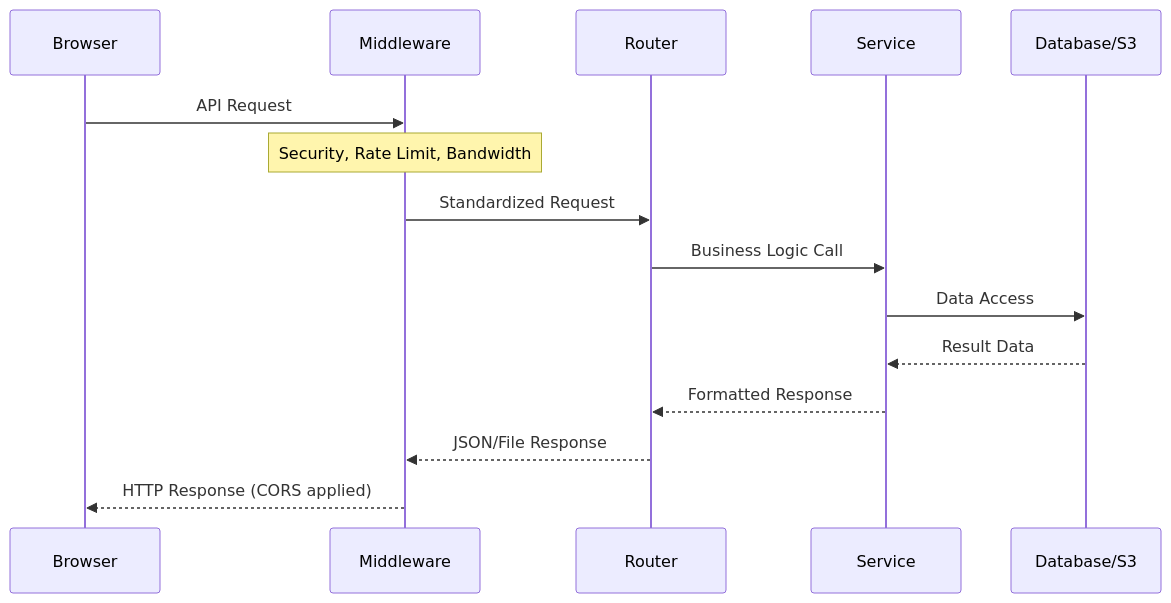
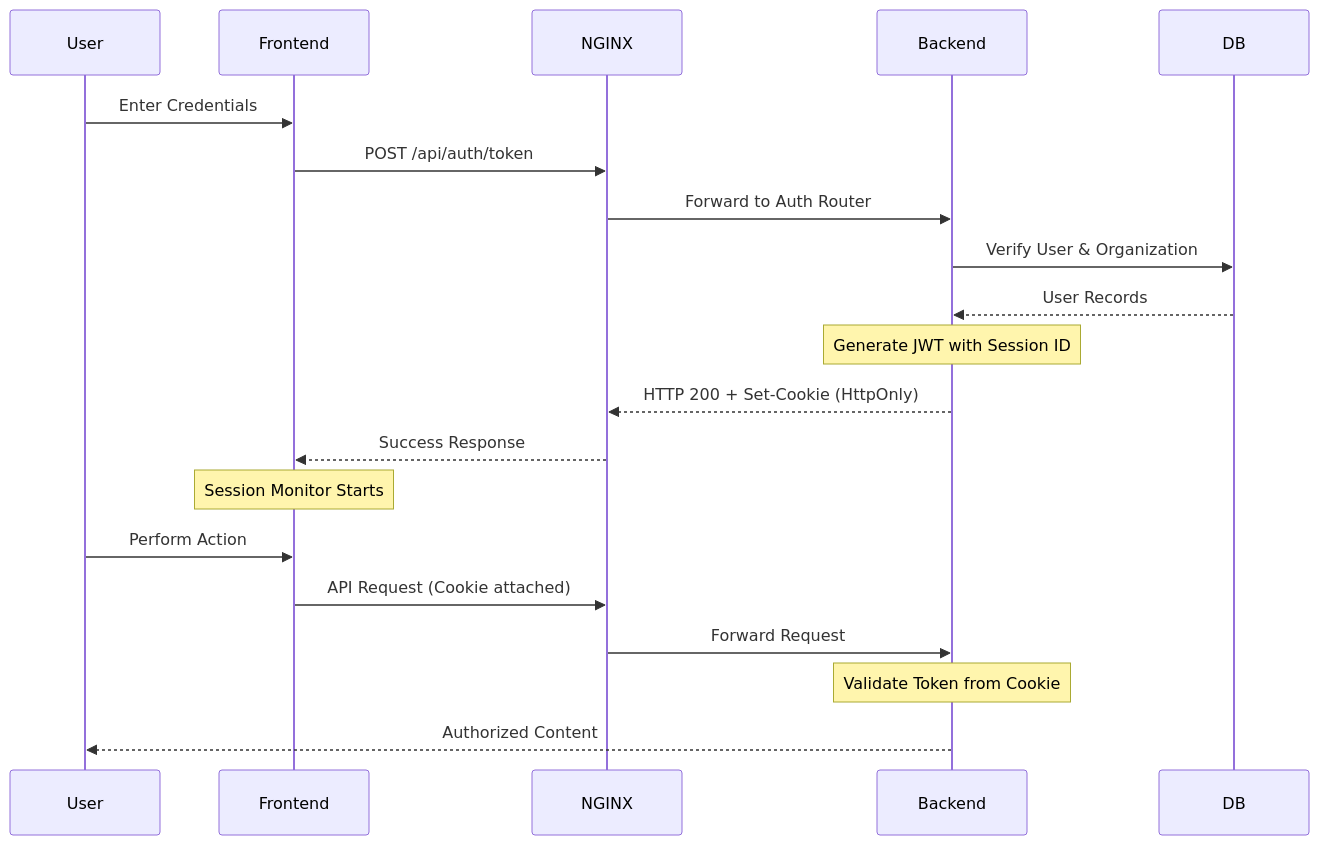
The second of 4 diagrams in docs/workflow_diagrams.md (digifortlabs/digifortlabs), drawn with Mermaid before and after one commit. The commit also changed other lines of this file, not shown here.

Commit message:
docs: update and unify workflow diagrams with detailed infrastructure and data flows

````diff
--- a/docs/workflow_diagrams.md
+++ b/docs/workflow_diagrams.md
@@ -82,18 +58,27 @@
 ```mermaid
 sequenceDiagram
-    participant Browser
-    participant Middleware
-    participant Router
-    participant Service
-    participant Database/S3
+    participant User
+    participant Frontend
+    participant NGINX
+    participant Backend
+    participant DB
 
-    Browser->>Middleware: API Request
-    Note over Middleware: Security, Rate Limit, Bandwidth
-    Middleware->>Router: Standardized Request
-    Router->>Service: Business Logic Call
-    Service->>Database/S3: Data Access
-    Database/S3-->>Service: Result Data
-    Service-->>Router: Formatted Response
-    Router-->>Middleware: JSON/File Response
-    Middleware-->>Browser: HTTP Response (CORS applied)
+    User->>Frontend: Enter Credentials
+    Frontend->>NGINX: POST /api/auth/token
+    NGINX->>Backend: Forward to Auth Router
+    Backend->>DB: Verify User & Organization
+    DB-->>Backend: User Records
+    
+    Note over Backend: Generate JWT with Session ID
+    
+    Backend-->>NGINX: HTTP 200 + Set-Cookie (HttpOnly)
+    NGINX-->>Frontend: Success Response
+    
+    Note over Frontend: Session Monitor Starts
+    
+    User->>Frontend: Perform Action
+    Frontend->>NGINX: API Request (Cookie attached)
+    NGINX->>Backend: Forward Request
+    Note over Backend: Validate Token from Cookie
+    Backend-->>User: Authorized Content
 ```
````
